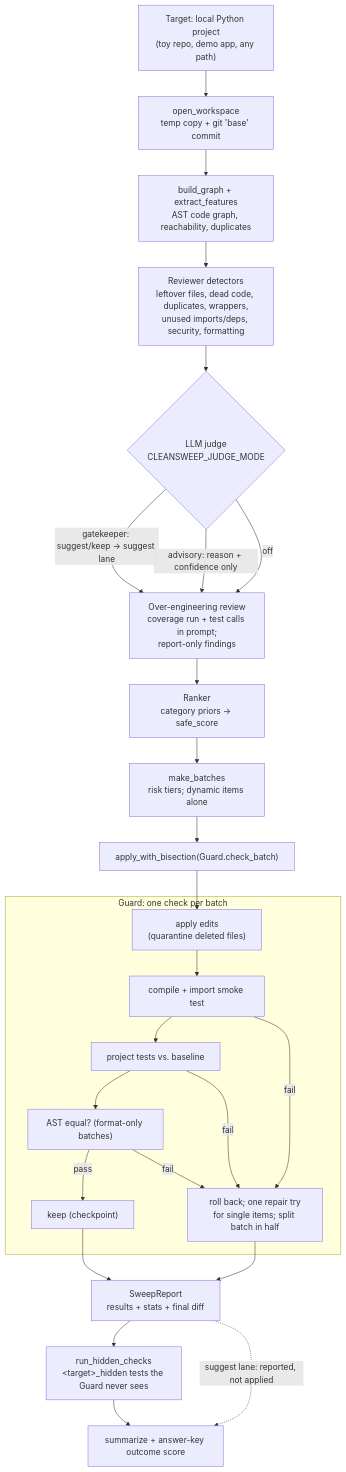
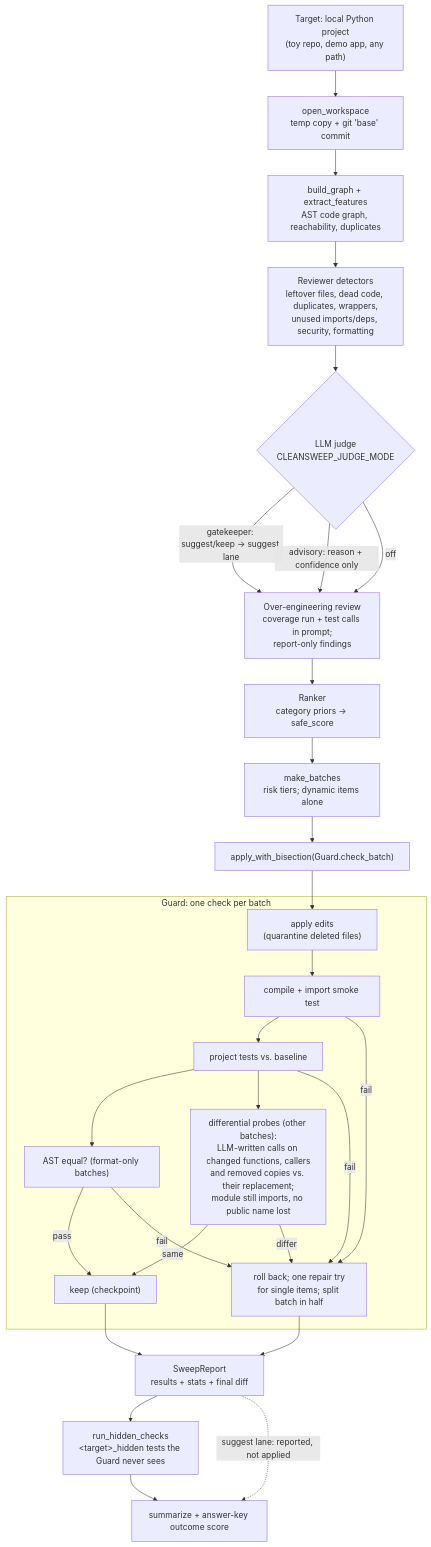
Before and after one commit to ritwiz06/cleansweep: the diagram in docs/report/pipeline.mmd, drawn with Mermaid. The commit also changed 5 other files, not shown here.

```diff
--- a/docs/report/pipeline.mmd
+++ b/docs/report/pipeline.mmd
@@ -1,27 +1,30 @@
-%% CleanSweep sweep pipeline as built (main, 2026-10-25). Source for pipeline.png.
+%% CleanSweep sweep pipeline as built (2026-10-26, with differential probes). Source for pipeline.png.
 flowchart TD
     T["Target: local Python project<br/>(toy repo, demo app, any path)"] --> O["open_workspace<br/>temp copy + git 'base' commit"]
     O --> A["build_graph + extract_features<br/>AST code graph, reachability, duplicates"]
     A --> D["Reviewer detectors<br/>leftover files, dead code, duplicates, wrappers,<br/>unused imports/deps, security, formatting"]
     D --> J{"LLM judge<br/>CLEANSWEEP_JUDGE_MODE"}
     J -- "gatekeeper: suggest/keep → suggest lane" --> P
     J -- "advisory: reason + confidence only" --> P
     J -- "off" --> P
     P["Over-engineering review<br/>coverage run + test calls in prompt;<br/>report-only findings"] --> R["Ranker<br/>category priors → safe_score"]
     R --> B["make_batches<br/>risk tiers; dynamic items alone"]
     B --> G["apply_with_bisection(Guard.check_batch)"]
     subgraph Guard["Guard: one check per batch"]
         G1["apply edits<br/>(quarantine deleted files)"] --> G2["compile + import smoke test"]
         G2 --> G3["project tests vs. baseline"]
         G3 --> G4["AST equal? (format-only batches)"]
+        G3 --> G5["differential probes (other batches):<br/>LLM-written calls on changed functions, callers<br/>and removed copies vs. their replacement;<br/>module still imports, no public name lost"]
         G4 -- pass --> K["keep (checkpoint)"]
+        G5 -- same --> K
         G2 -- fail --> X["roll back; one repair try<br/>for single items; split batch in half"]
         G3 -- fail --> X
         G4 -- fail --> X
+        G5 -- differ --> X
     end
     G --> G1
     K --> S["SweepReport<br/>results + stats + final diff"]
     X --> S
     S --> H["run_hidden_checks<br/>&lt;target&gt;_hidden tests the Guard never sees"]
     H --> M["summarize + answer-key outcome score"]
     S -. "suggest lane: reported, not applied" .-> M
```
